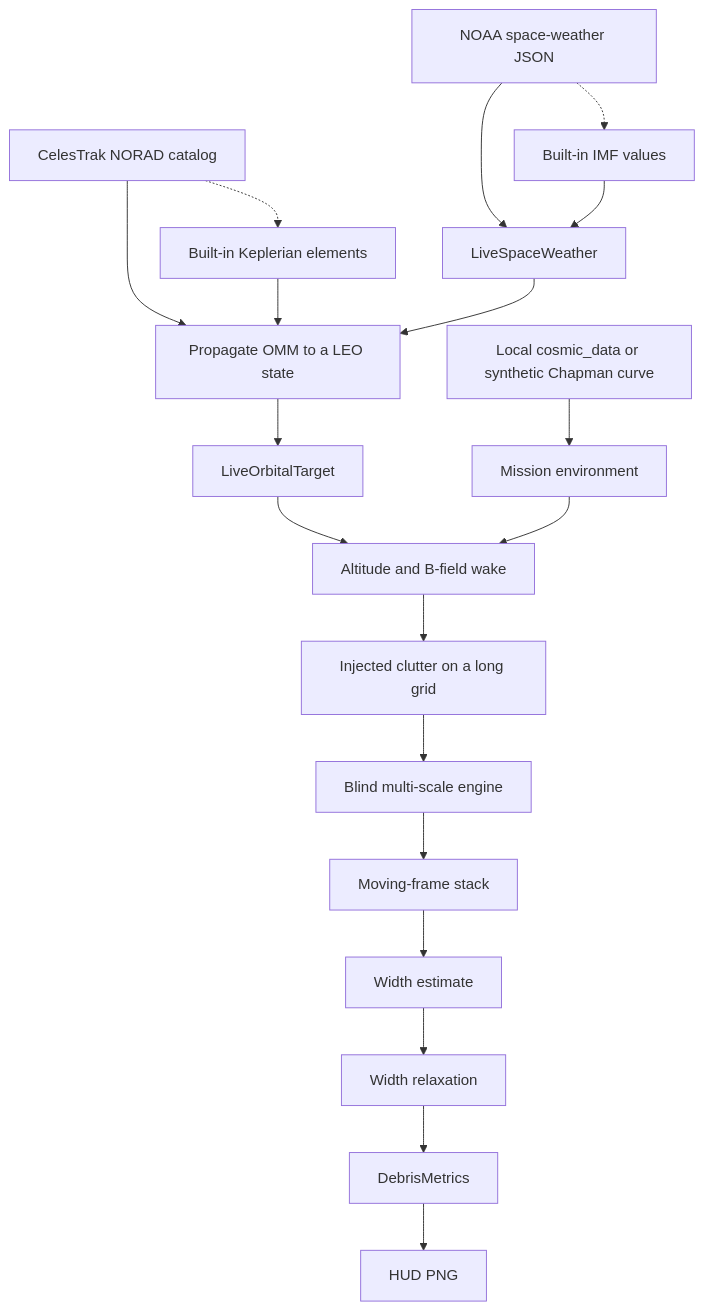
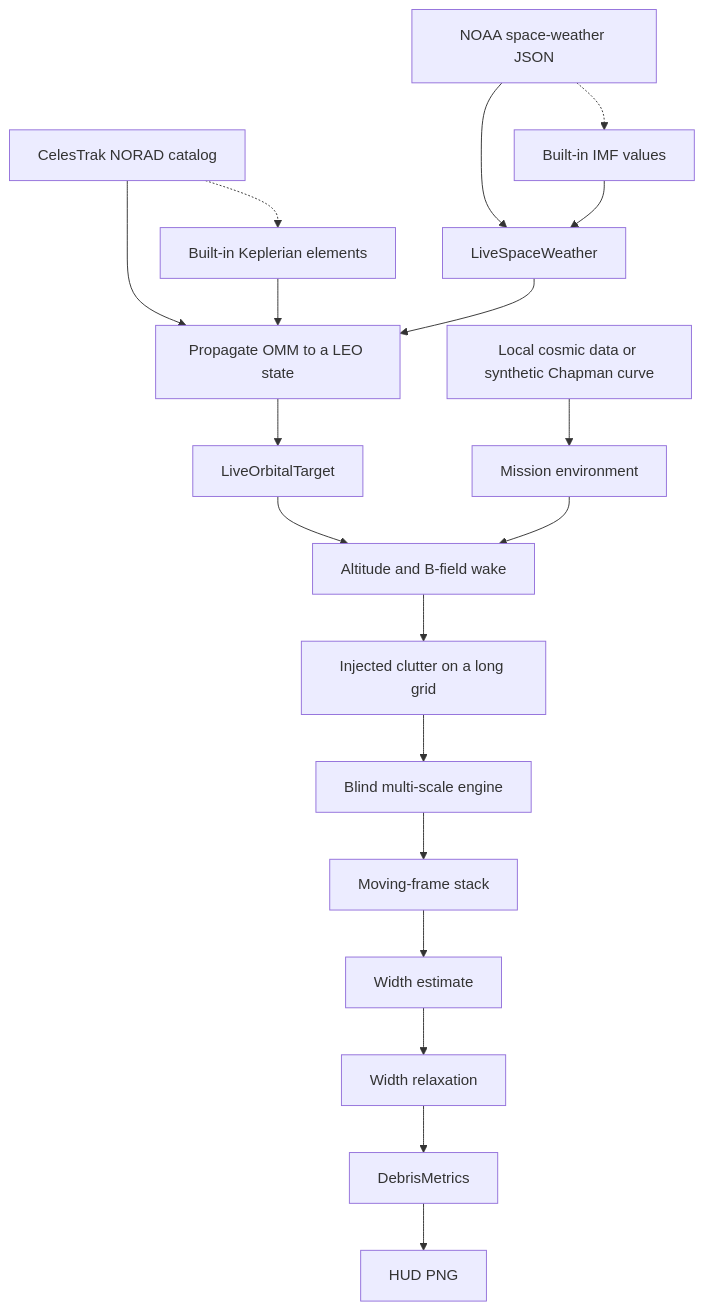
Before and after one commit to code4johnm/sinatra_audit: the first of 3 diagrams in README.md, drawn with Mermaid. The commit also changed other lines of this file and 6 other files, not shown here.

First line of the commit message:
Render audit equations as Unicode and repair diagrams.

````diff
--- a/README.md
+++ b/README.md
@@ -54,39 +54,39 @@
 ```mermaid
 graph TD
   noaa[NOAA space-weather JSON]
   cele[CelesTrak NORAD catalog]
-  cosmic[Local cosmic_data or synthetic Chapman curve]
+  cosmic[Local cosmic data or synthetic Chapman curve]
   sw[LiveSpaceWeather]
   fallback[Built-in IMF values]
   prop[Propagate OMM to a LEO state]
   kep[Built-in Keplerian elements]
   tgt[LiveOrbitalTarget]
   env[Mission environment]
   inject[Altitude and B-field wake]
   clutter[Injected clutter on a long grid]
   engine[Blind multi-scale engine]
   stack[Moving-frame stack]
   sigma[Width estimate]
   jko[Width relaxation]
   debris[DebrisMetrics]
   hud[HUD PNG]
 
   noaa --> sw
   noaa -.-> fallback
   fallback --> sw
   cele --> prop
   cele -.-> kep
   kep --> prop
   sw --> prop
   prop --> tgt
   cosmic --> env
   tgt --> inject
   env --> inject
   inject --> clutter
   clutter --> engine
   engine --> stack
   stack --> sigma
   sigma --> jko
   jko --> debris
   debris --> hud
 ```
````
